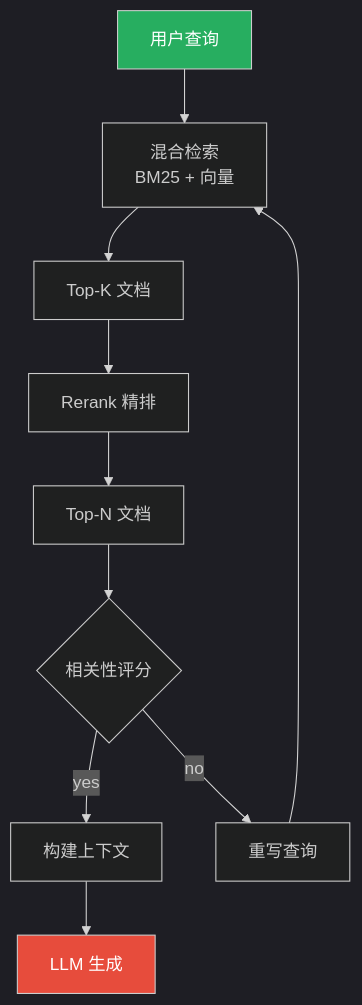
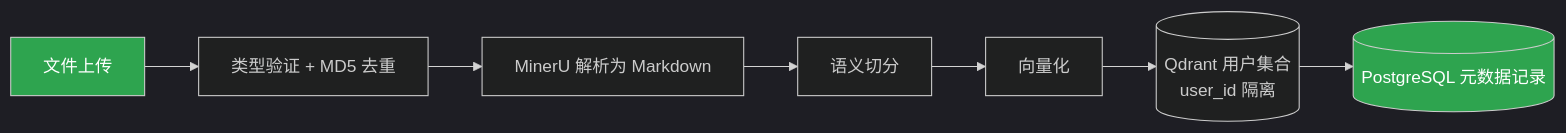
Before and after one commit to lwfeng-ch/rag_graph: the ninth of 14 diagrams in ARCHITECTURE.md, drawn with Mermaid. The commit also changed other lines of this file and 54 other files, not shown here.

````diff
--- a/ARCHITECTURE.md
+++ b/ARCHITECTURE.md
@@ -458,16 +507,13 @@
 ```mermaid
 %%{init: {'theme': 'dark'}}%%
-flowchart TD
-    QUERY[用户查询] --> RETRIEVE[混合检索<br/>BM25 + 向量]
-    RETRIEVE --> DOCS[Top-K 文档]
-    DOCS --> RERANK[Rerank 精排]
-    RERANK --> FINAL[Top-N 文档]
-    FINAL --> GRADE{相关性评分}
-    GRADE -->|yes| CONTEXT[构建上下文]
-    GRADE -->|no| REWRITE[重写查询]
-    REWRITE --> RETRIEVE
-    CONTEXT --> LLM[LLM 生成]
+flowchart LR
+    UPLOAD[文件上传] --> VALIDATE[类型验证 + MD5 去重]
+    VALIDATE --> PARSE[MinerU 解析为 Markdown]
+    PARSE --> SPLIT[语义切分]
+    SPLIT --> VECTOR[向量化]
+    VECTOR --> STORE[(Qdrant 用户集合<br/>user_id 隔离)]
+    STORE --> META[(PostgreSQL 元数据记录)]
     
-    style QUERY fill:#27ae60,color:#fff
-    style LLM fill:#e74c3c,color:#fff
+    style UPLOAD fill:#2ea44f,color:#ffffff
+    style META fill:#2ea44f,color:#ffffff
 ```
````
